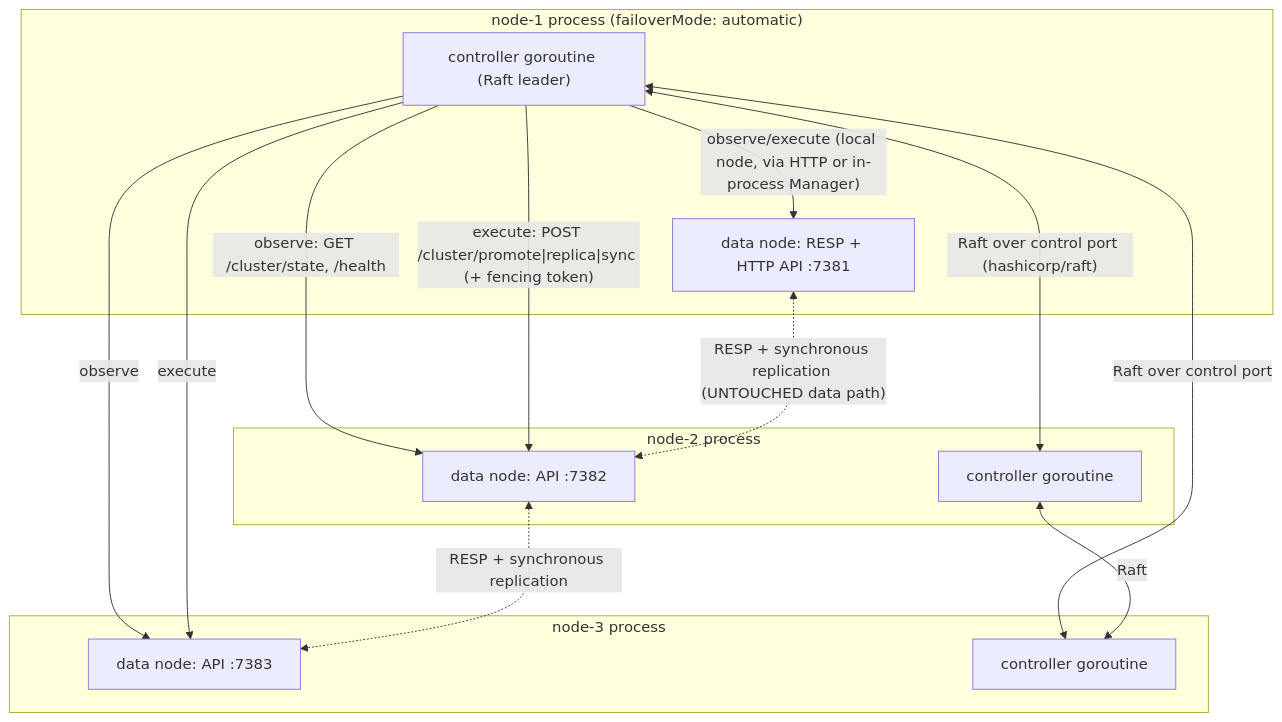
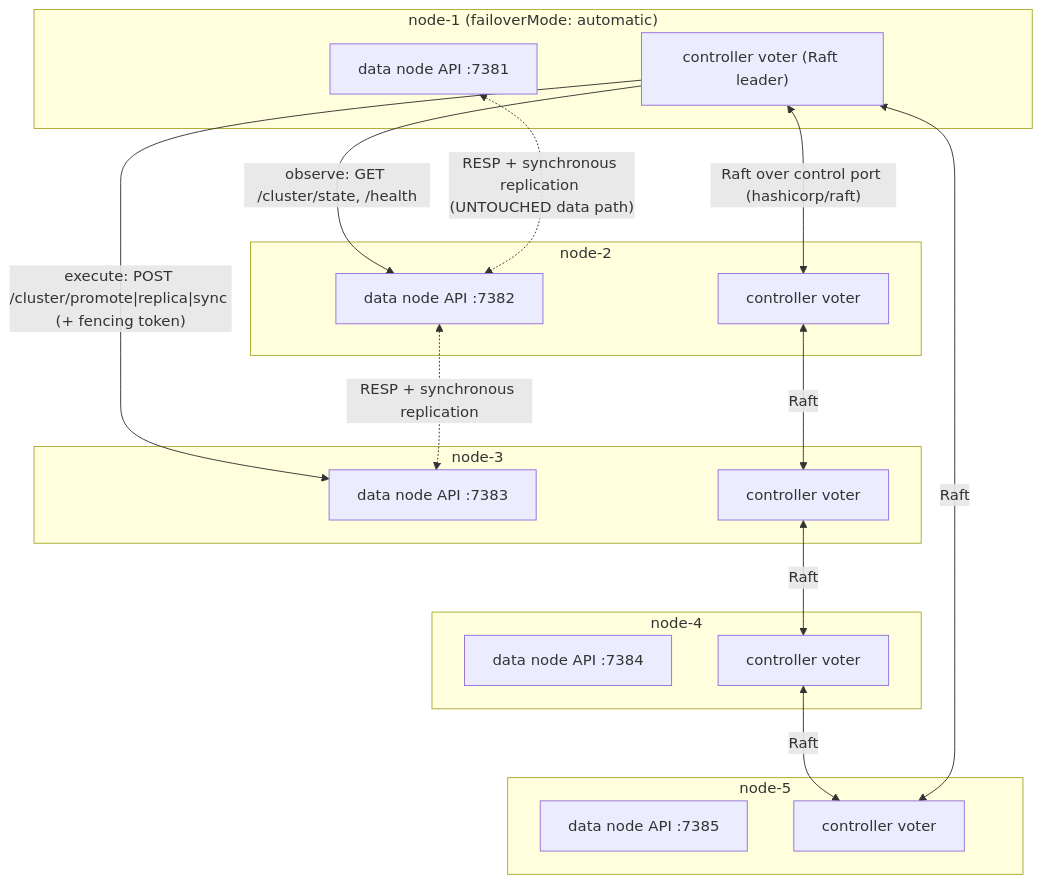
Before and after one commit to Tommy10K/MnemoKV: the diagram in planning/Automatic_Cluster_Recovery_Plan.md, drawn with Mermaid. The commit also changed other lines of this file, not shown here.

````diff
--- a/planning/Automatic_Cluster_Recovery_Plan.md
+++ b/planning/Automatic_Cluster_Recovery_Plan.md
@@ -99,28 +229,35 @@
 ```mermaid
 flowchart TB
-    subgraph N1["node-1 process (failoverMode: automatic)"]
-        D1["data node: RESP + HTTP API :7381"]
-        K1["controller goroutine (Raft leader)"]
+    subgraph N1["node-1 (failoverMode: automatic)"]
+        D1["data node API :7381"]
+        K1["controller voter (Raft leader)"]
     end
-    subgraph N2["node-2 process"]
-        D2["data node: API :7382"]
-        K2["controller goroutine"]
+    subgraph N2["node-2"]
+        D2["data node API :7382"]
+        K2["controller voter"]
     end
-    subgraph N3["node-3 process"]
-        D3["data node: API :7383"]
-        K3["controller goroutine"]
+    subgraph N3["node-3"]
+        D3["data node API :7383"]
+        K3["controller voter"]
+    end
+    subgraph N4["node-4"]
+        D4["data node API :7384"]
+        K4["controller voter"]
+    end
+    subgraph N5["node-5"]
+        D5["data node API :7385"]
+        K5["controller voter"]
     end
 
     K1 <-- "Raft over control port (hashicorp/raft)" --> K2
-    K1 <-- "Raft over control port" --> K3
     K2 <-- "Raft" --> K3
+    K3 <-- "Raft" --> K4
+    K4 <-- "Raft" --> K5
+    K5 <-- "Raft" --> K1
 
     K1 -- "observe: GET /cluster/state, /health" --> D2
-    K1 -- "observe" --> D3
-    K1 -- "execute: POST /cluster/promote|replica|sync (+ fencing token)" --> D2
-    K1 -- "execute" --> D3
-    K1 -- "observe/execute (local node, via HTTP or in-process Manager)" --> D1
+    K1 -- "execute: POST /cluster/promote|replica|sync (+ fencing token)" --> D3
 
     D1 <-. "RESP + synchronous replication (UNTOUCHED data path)" .-> D2
     D2 <-. "RESP + synchronous replication" .-> D3
 ```
````
